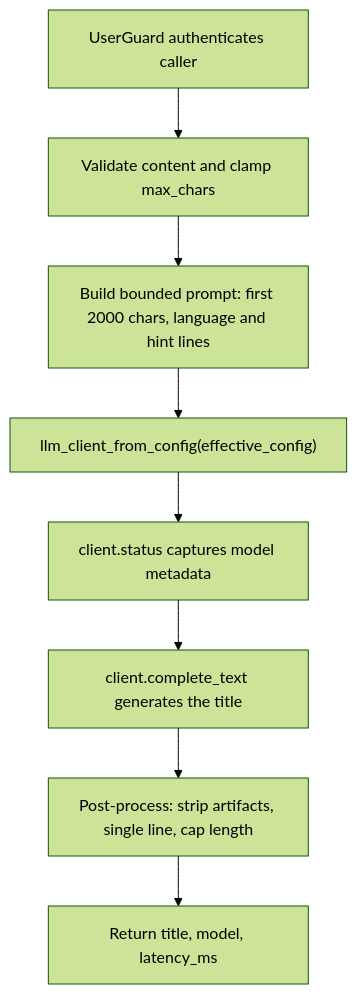
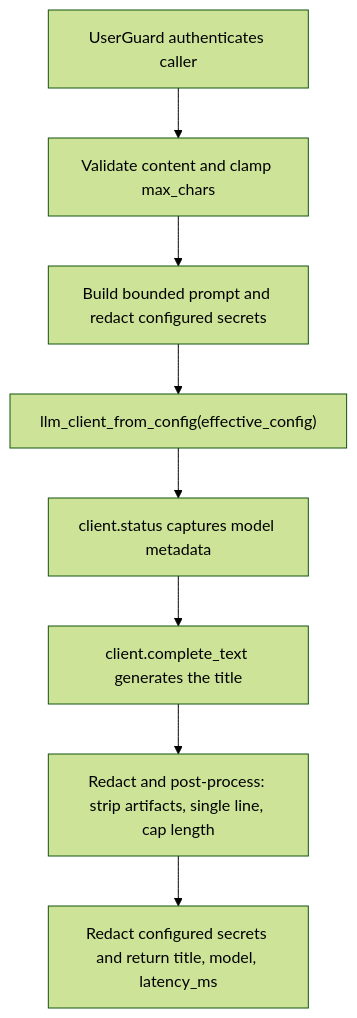
The diagram in doc/api/post_v1_llm_title.md (dickwu/nowledge), drawn with Mermaid (forest theme) before and after one commit. The commit also changed other lines of this file and 46 other files, not shown here.

````diff
--- a/doc/api/post_v1_llm_title.md
+++ b/doc/api/post_v1_llm_title.md
@@ -44,18 +46,18 @@
 ```mermaid
 flowchart TD
   n0["UserGuard authenticates caller"]
   n1["Validate content and clamp max_chars"]
-  n2["Build bounded prompt: first 2000 chars, language and hint lines"]
+  n2["Build bounded prompt and redact configured secrets"]
   n3["llm_client_from_config(effective_config)"]
   n4["client.status captures model metadata"]
   n5["client.complete_text generates the title"]
-  n6["Post-process: strip artifacts, single line, cap length"]
-  n7["Return title, model, latency_ms"]
+  n6["Redact and post-process: strip artifacts, single line, cap length"]
+  n7["Redact configured secrets and return title, model, latency_ms"]
   n0 --> n1
   n1 --> n2
   n2 --> n3
   n3 --> n4
   n4 --> n5
   n5 --> n6
   n6 --> n7
 ```
````
